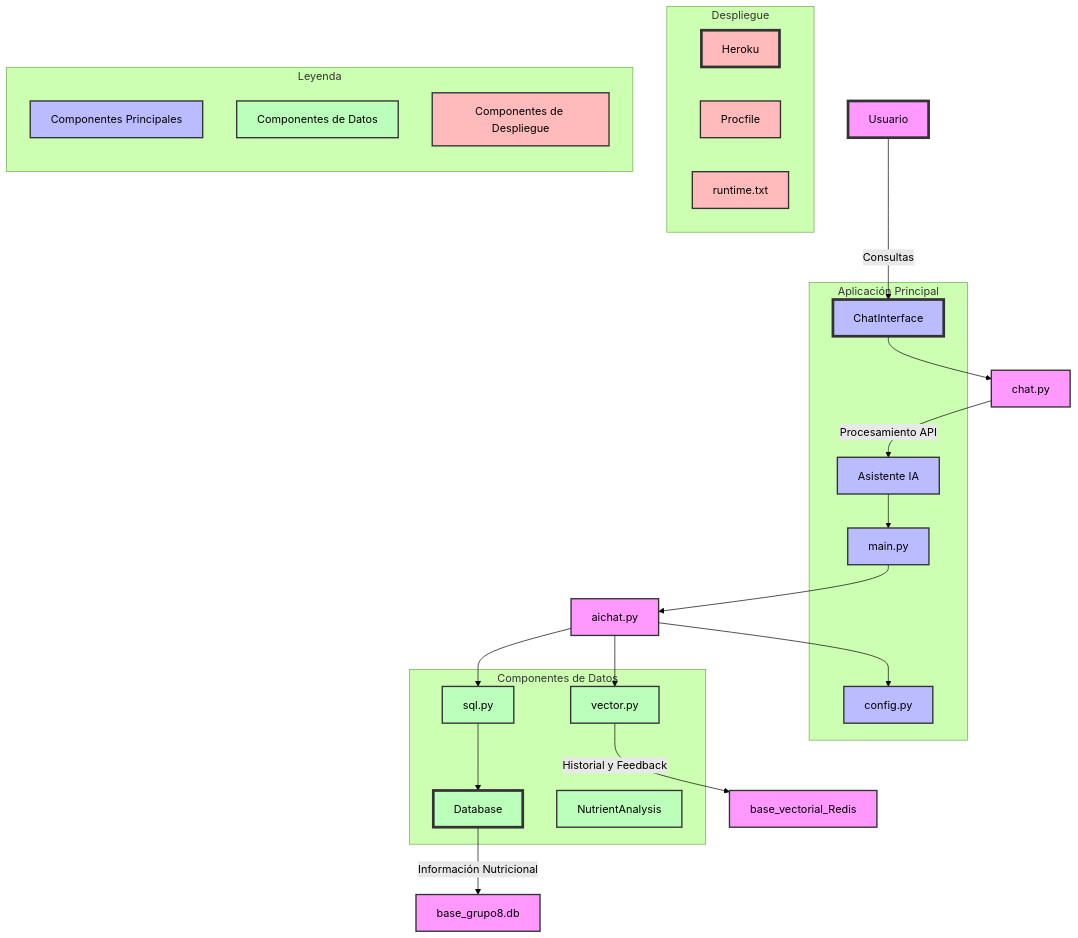
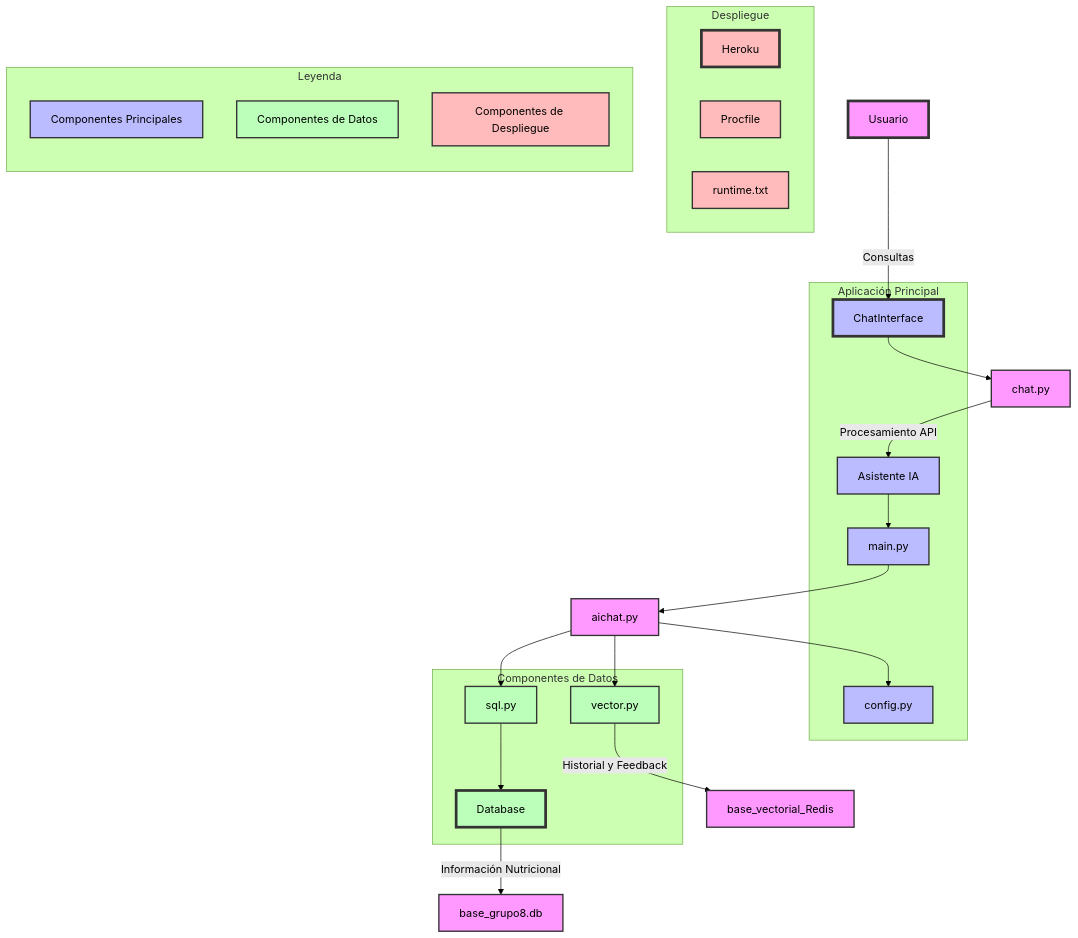
Before and after one commit to leorojascas/Grupo8: the diagram in architecture.md, drawn with Mermaid (forest theme).

````diff
--- a/architecture.md
+++ b/architecture.md
@@ -1,67 +1,66 @@
 ```mermaid
 graph TD
     %% Nodes
     User[Usuario] -->|Consultas| ChatInterface
     ChatInterface --> ChatLogic[chat.py]
     ChatLogic[chat.py] -->|Procesamiento API| AIAssistant[Asistente IA]
     AIAssistant[Asistente IA] --> EntryPoint[main.py]
     EntryPoint[main.py] --> AILogic[aichat.py]
     AILogic[aichat.py] --> AppConfig[config.py]
 
     %% Subgraphs
     subgraph Aplicación Principal
         ChatInterface
         AIAssistant
         EntryPoint[main.py]
         AppConfig[config.py]
     end
 
     subgraph Componentes de Datos
         Database
-        NutrientAnalysis
         SQLModule[sql.py]
         VectorProcessor[vector.py]
     end
 
     %% Database Details
     Database -->|Información Nutricional| Config[base_grupo8.db]
     SQLModule --> Database
     VectorProcessor -->|Historial y Feedback| Confíg[base_vectorial_Redis]
     AILogic[aichat.py] --> VectorProcessor
     AILogic[aichat.py] --> SQLModule
 
     %% Deployment
     subgraph Despliegue
         Heroku[Heroku]
         Procfile[Procfile]
         Runtime[runtime.txt]
     end
 
     %% Styling
     classDef default fill:#f9f,stroke:#333,stroke-width:2px
     classDef primary fill:#bbf,stroke:#333,stroke-width:2px
     classDef data fill:#bfb,stroke:#333,stroke-width:2px
     classDef deployment fill:#fbb,stroke:#333,stroke-width:2px
 
     class User,ChatInterface,AIAssistant,EntryPoint,AppConfig primary
     class Database,NutrientAnalysis,SQLModule,VectorProcessor data
     class Heroku,Procfile,Runtime deployment
 
     %% Legend
     subgraph Leyenda
         direction TB
         Primary[Componentes Principales]
         Data[Componentes de Datos]
         Deployment[Componentes de Despliegue]
     end
 
     class Primary primary
     class Data data
     class Deployment deployment
 
     %% Connections
     style User fill:#f9f,stroke:#333,stroke-width:4px
     style ChatInterface fill:#bbf,stroke:#333,stroke-width:4px
     style Database fill:#bfb,stroke:#333,stroke-width:4px
     style Heroku fill:#fbb,stroke:#333,stroke-width:4px
 ```
````
